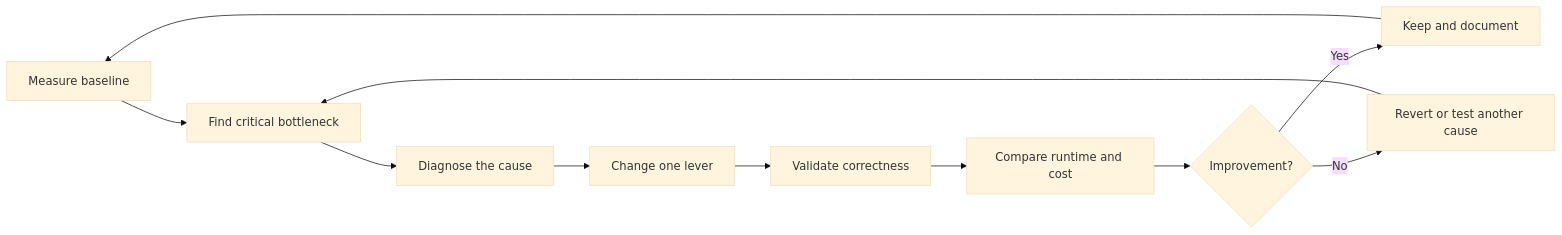
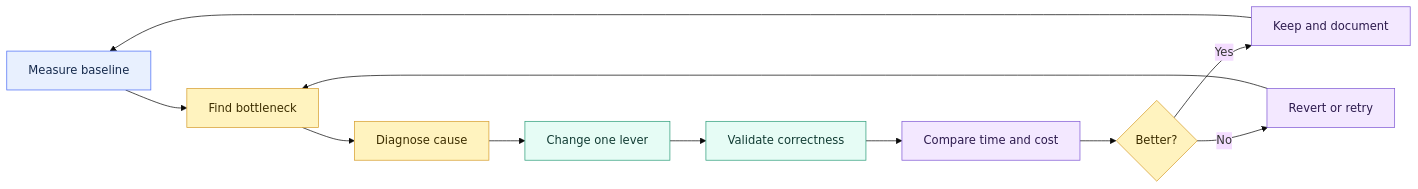
One commit to shonningsoy/Upskill changed the diagram in 02 dbt/04 Incremental Processing and Performance/38 Query Tuning Feedback Loop.md. Above: the diagram before and after it, drawn with Mermaid (base theme). The commit also changed other lines of this file and 31 other files, not shown here.

````diff
--- a/02 dbt/04 Incremental Processing and Performance/38 Query Tuning Feedback Loop.md
+++ b/02 dbt/04 Incremental Processing and Performance/38 Query Tuning Feedback Loop.md
@@ -68,13 +69,23 @@
 ```mermaid
 flowchart LR
-    A["Measure baseline"] --> B["Find critical bottleneck"]
-    B --> C["Diagnose the cause"]
-    C --> D["Change one lever"]
-    D --> E["Validate correctness"]
-    E --> F["Compare runtime and cost"]
-    F --> G{"Improvement?"}
-    G -->|Yes| H["Keep and document"]
-    G -->|No| I["Revert or test another cause"]
+    A[Measure baseline] --> B[Find bottleneck]
+    B --> C[Diagnose cause]
+    C --> D[Change one lever]
+    D --> E[Validate correctness]
+    E --> F[Compare time and cost]
+    F --> G{Better?}
+    G -->|Yes| H[Keep and document]
+    G -->|No| I[Revert or retry]
     H --> A
     I --> B
+
+    classDef input fill:#E8F0FE,stroke:#4C6EF5,color:#172B4D
+    classDef control fill:#FFF3BF,stroke:#D69E2E,color:#3D2E00
+    classDef dbt fill:#E6FCF5,stroke:#2F9E7B,color:#123C34
+    classDef platform fill:#F1F3F5,stroke:#868E96,color:#212529
+    classDef output fill:#F3E8FF,stroke:#805AD5,color:#2D1B4E
+    class A input
+    class B,C,G control
+    class D,E dbt
+    class F,H,I output
 ```
````
